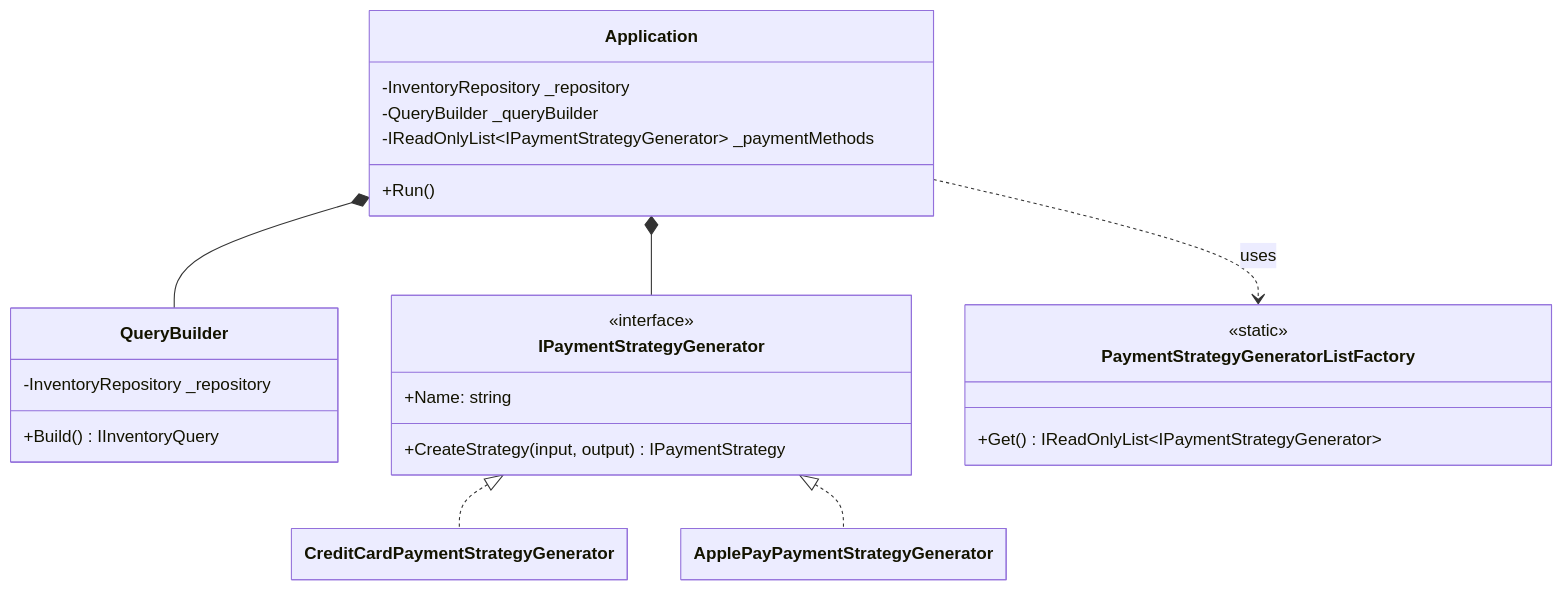
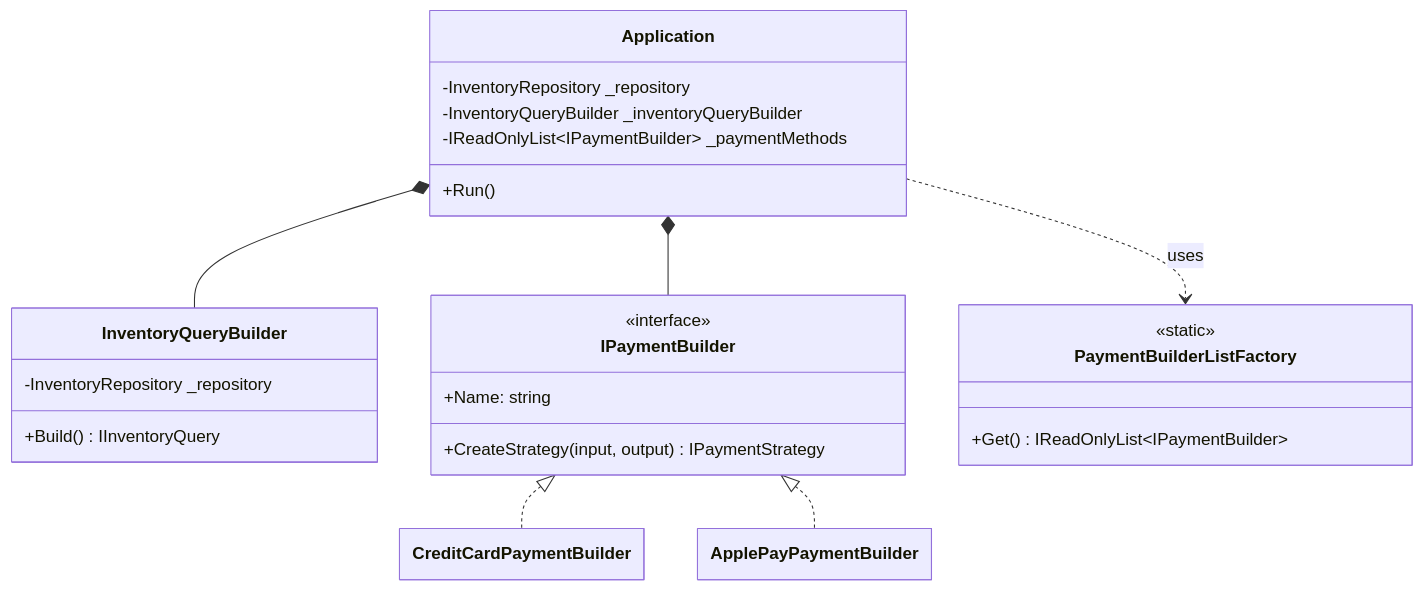
One commit to jeff-adkisson/swe-4743-spring-2026-oo-design changed the first of 2 diagrams in assignments/assignment-2-solution/src-csharp/TeaShop/UserInterface/README.md. Above: the diagram before and after it, drawn with Mermaid. The commit also changed other lines of this file and 62 other files, not shown here.

````diff
--- a/assignments/assignment-2-solution/src-csharp/TeaShop/UserInterface/README.md
+++ b/assignments/assignment-2-solution/src-csharp/TeaShop/UserInterface/README.md
@@ -35,36 +41,36 @@
 ```mermaid
 ---
   config:
     class:
       hideEmptyMembersBox: true
 ---
 classDiagram
     class Application {
         -InventoryRepository _repository
-        -QueryBuilder _queryBuilder
-        -IReadOnlyList~IPaymentStrategyGenerator~ _paymentMethods
+        -InventoryQueryBuilder _inventoryQueryBuilder
+        -IReadOnlyList~IPaymentBuilder~ _paymentMethods
         +Run()
     }
 
-    class QueryBuilder {
+    class InventoryQueryBuilder {
         -InventoryRepository _repository
         +Build() IInventoryQuery
     }
 
-    class IPaymentStrategyGenerator {
+    class IPaymentBuilder {
         <<interface>>
         +Name: string
         +CreateStrategy(input, output) IPaymentStrategy
     }
 
-    class PaymentStrategyGeneratorListFactory {
+    class PaymentBuilderListFactory {
         <<static>>
-        +Get() IReadOnlyList~IPaymentStrategyGenerator~
+        +Get() IReadOnlyList~IPaymentBuilder~
     }
 
-    Application *-- QueryBuilder
-    Application *-- IPaymentStrategyGenerator
-    Application ..> PaymentStrategyGeneratorListFactory : uses
-    IPaymentStrategyGenerator <|.. CreditCardPaymentStrategyGenerator
-    IPaymentStrategyGenerator <|.. ApplePayPaymentStrategyGenerator
+    Application *-- InventoryQueryBuilder
+    Application *-- IPaymentBuilder
+    Application ..> PaymentBuilderListFactory : uses
+    IPaymentBuilder <|.. CreditCardPaymentBuilder
+    IPaymentBuilder <|.. ApplePayPaymentBuilder
 ```
````
